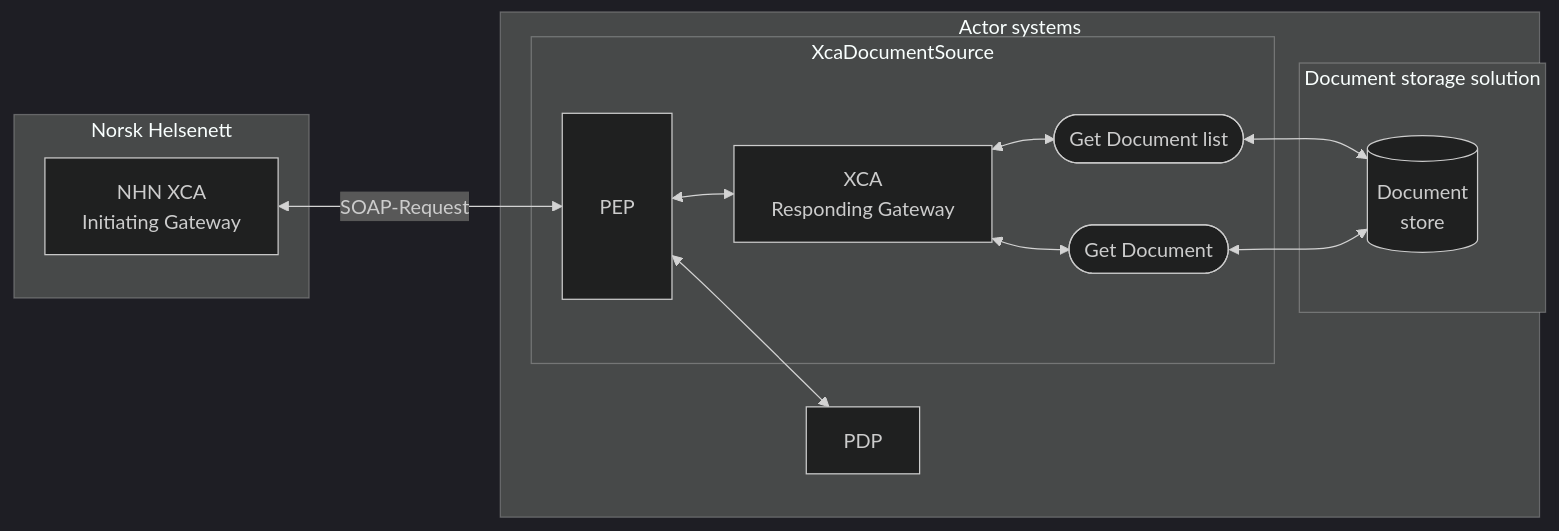
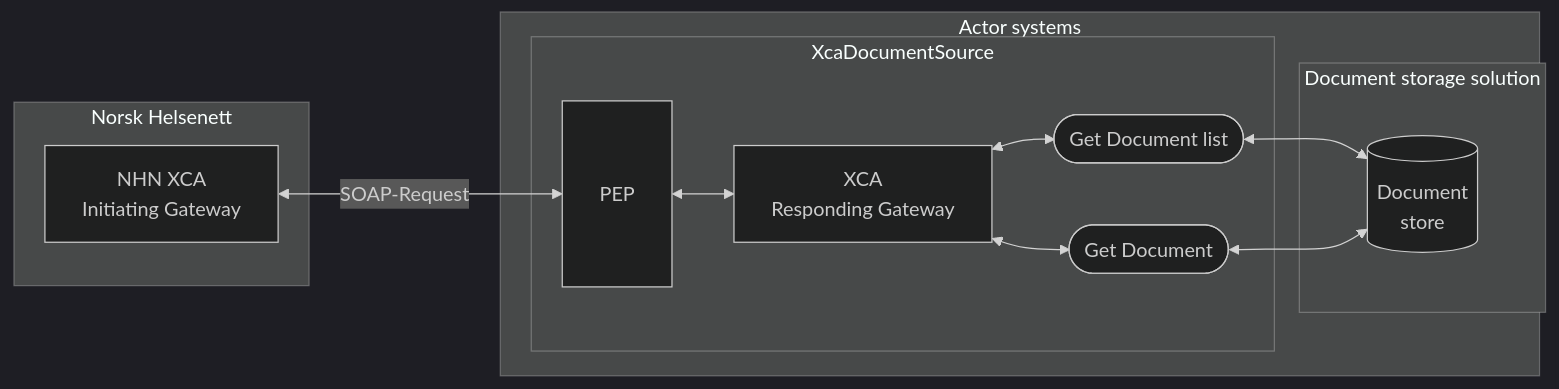
Before and after one commit to timmo-nhn/XcaDocumentSource: the diagram in README.md, drawn with Mermaid. The commit also changed other lines of this file and 33 other files, not shown here.

````diff
--- a/README.md
+++ b/README.md
@@ -20,37 +20,34 @@
 ```mermaid
 %%{init: {'theme':'dark'}}%%
 
 flowchart LR
 subgraph "Norsk Helsenett"
   nhnxca[NHN XCA<br>Initiating Gateway]
 end
 
 subgraph "Actor systems"
   subgraph "XcaDocumentSource"
     resgw[XCA<br>Responding Gateway]
 
     pep[<br><br>PEP<br><br><br>]
 
     doclist([Get Document list])
     document([Get Document])
   end
 
-  pdp[PDP]
-
   subgraph "Document storage solution"
     docstore[(Document<br>store)]
   end
 end
 
 nhnxca <--SOAP-Request--> pep
 
-pep<-->pdp
 
 pep <--> resgw
 resgw <--> doclist
 
 resgw <--> document
 
 doclist <--> docstore
 document <--> docstore
 ```
````
